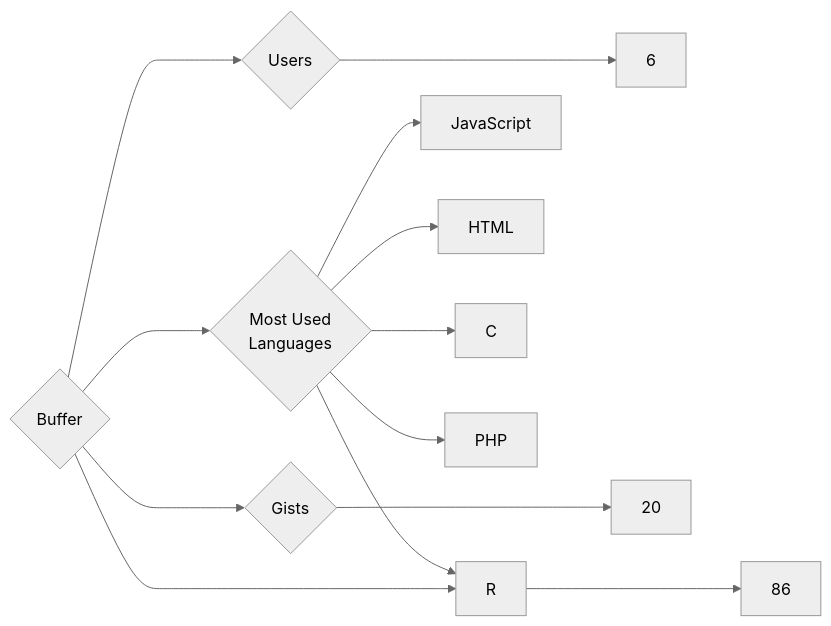
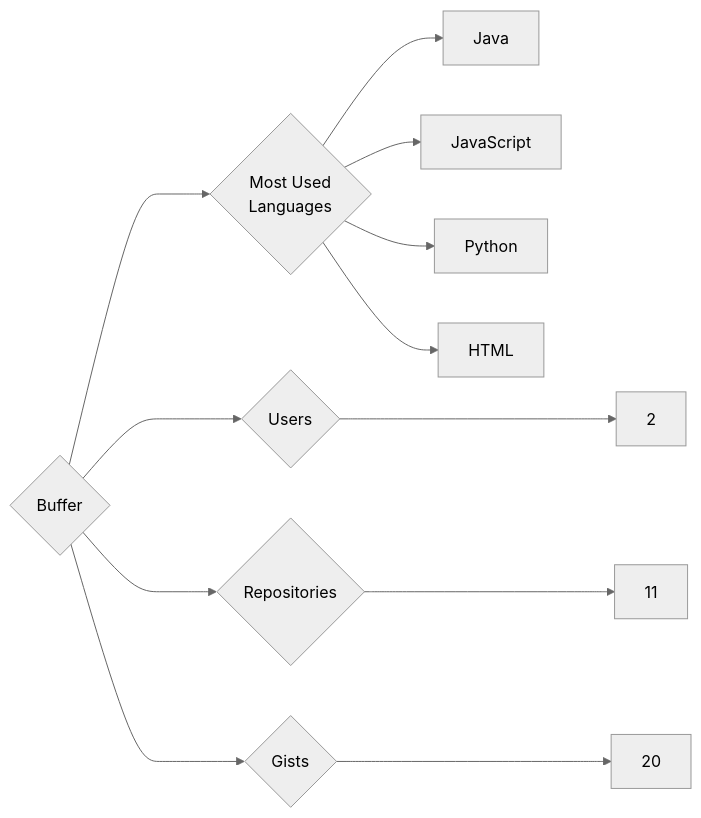
The diagram in targets/Buffer/README.md (trickest/insiders), drawn with Mermaid (neutral theme) before and after one commit. The commit also changed 736 other files, not shown here.

````diff
--- a/targets/Buffer/README.md
+++ b/targets/Buffer/README.md
@@ -3,13 +3,12 @@
 ```mermaid
 graph LR
 COMPANY_NAME{Buffer}
-COMPANY_NAME ---> U{Users} ---> UN[6]
-COMPANY_NAME ---> R{Repositories} ---> RN[86]
+COMPANY_NAME ---> U{Users} ---> UN[2]
+COMPANY_NAME ---> R{Repositories} ---> RN[11]
 COMPANY_NAME ---> G{Gists} ---> GN[20]
 COMPANY_NAME ---> ML{Most Used<br>Languages}
+ML --> Java[Java]
 ML --> JavaScript[JavaScript]
+ML --> Python[Python]
 ML --> HTML[HTML]
-ML --> R[R]
-ML --> C[C]
-ML --> PHP[PHP]
 ```
````
